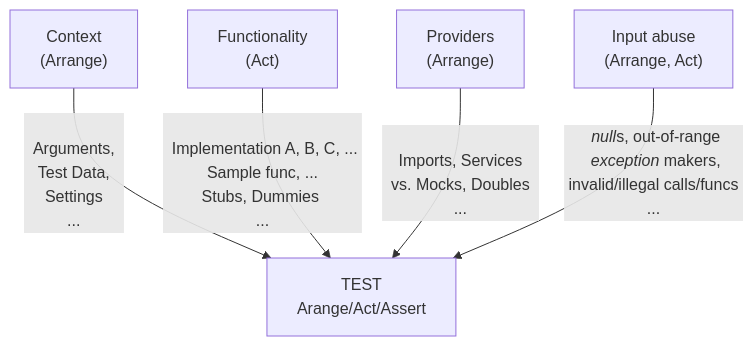
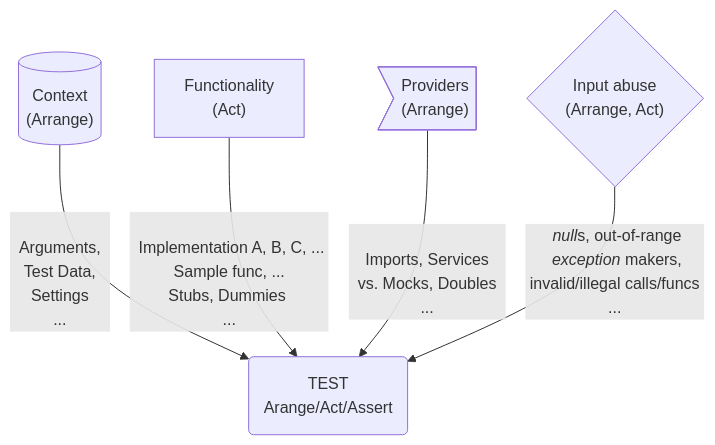
Before and after one commit to Kyriosity/read-write: the diagram in README+/software/tests/asQA/README+/tests-damp_vs_dry.md, drawn with Mermaid. The commit also changed other lines of this file, not shown here.

````diff
--- a/README+/software/tests/asQA/README+/tests-damp_vs_dry.md
+++ b/README+/software/tests/asQA/README+/tests-damp_vs_dry.md
@@ -29,8 +37,8 @@
 ```mermaid
 graph TD
-    idCx[Context<br />&lpar;Arrange&rpar;] -->|<br />&nbsp;&nbsp;Arguments,&nbsp;&nbsp;<br />&nbsp;&nbsp;Test Data,&nbsp;&nbsp;<br />&nbsp;&nbsp;Settings&nbsp;&nbsp;<br />...| UT[TEST<br />Arange/Act/Assert]
+    idCx[(Context<br />&lpar;Arrange&rpar;)] -->|<br />&nbsp;&nbsp;Arguments,&nbsp;&nbsp;<br />&nbsp;&nbsp;Test Data,&nbsp;&nbsp;<br />&nbsp;&nbsp;Settings&nbsp;&nbsp;<br />...| UT(TEST<br />Arange/Act/Assert)
     idFnc[Functionality<br />&lpar;Act&rpar;] -->|<br />&nbsp;&nbsp;Implementation A, B, C, ...&nbsp;<br >&nbsp;Sample func, ...&nbsp;</br>&nbsp;Stubs, Dummies&nbsp;&nbsp;<br />...| UT
-    idSrv[Providers<br />&lpar;Arrange&rpar;] -->|<br />&nbsp;&nbsp;Imports, Services&nbsp;&nbsp;<br />&nbsp;&nbsp;vs. Mocks, Doubles&nbsp;&nbsp;<br />...| UT
-    idAbs[Input abuse<br />&lpar;Arrange, Act&rpar;] -->|&nbsp;&nbsp;<i>null</i>s, out-of-range&nbsp;<br />&nbsp;&nbsp;<i>exception</i> makers,&nbsp;<br />&nbsp;invalid/illegal calls/funcs&nbsp;<br />...| UT
+    idSrv>Providers<br />&lpar;Arrange&rpar;] -->|<br />&nbsp;&nbsp;Imports, Services&nbsp;&nbsp;<br />&nbsp;&nbsp;vs. Mocks, Doubles&nbsp;&nbsp;<br />...| UT
+    idAbs{Input abuse<br />&lpar;Arrange, Act&rpar;} -->|&nbsp;&nbsp;<i>null</i>s, out-of-range&nbsp;<br />&nbsp;&nbsp;<i>exception</i> makers,&nbsp;<br />&nbsp;invalid/illegal calls/funcs&nbsp;<br />...| UT
 
 ```
````
